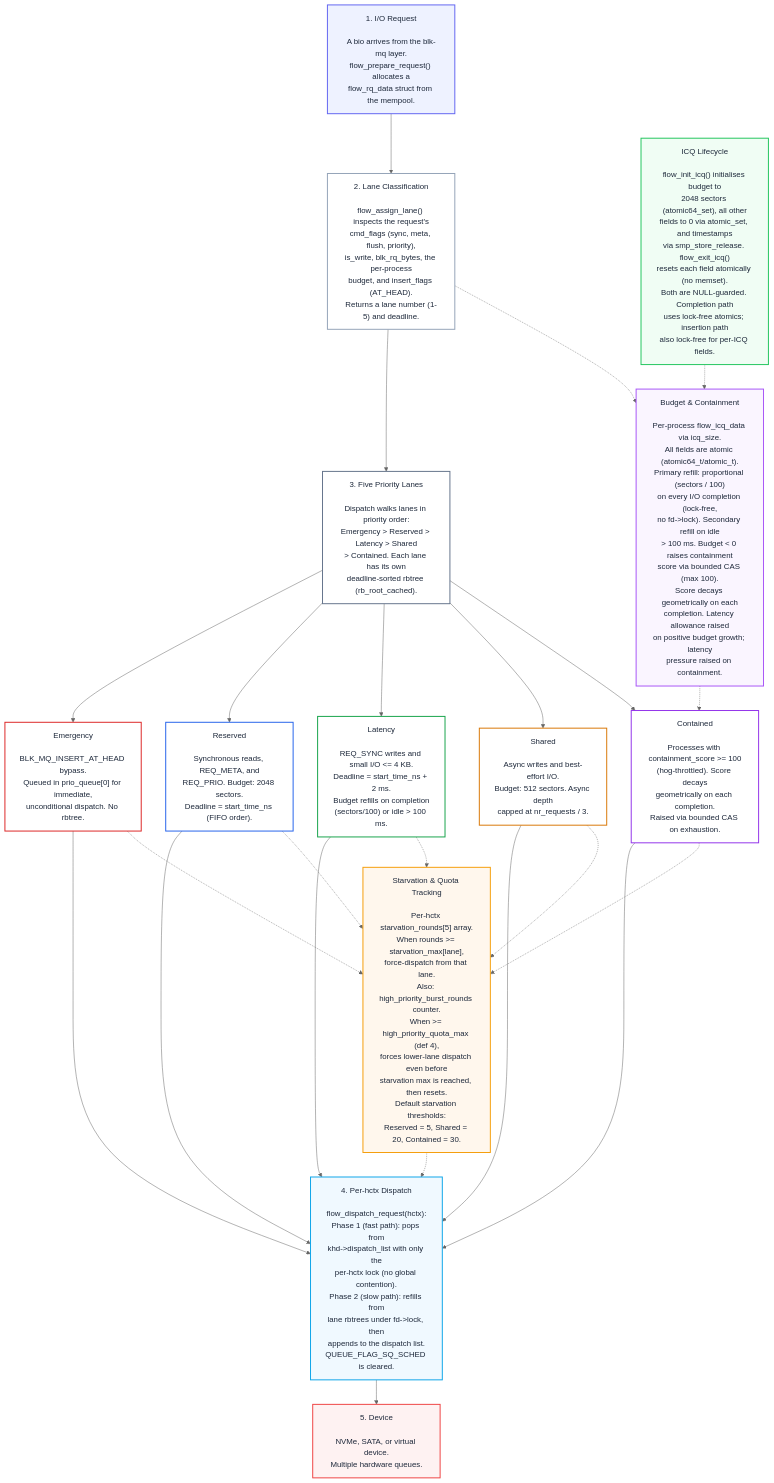
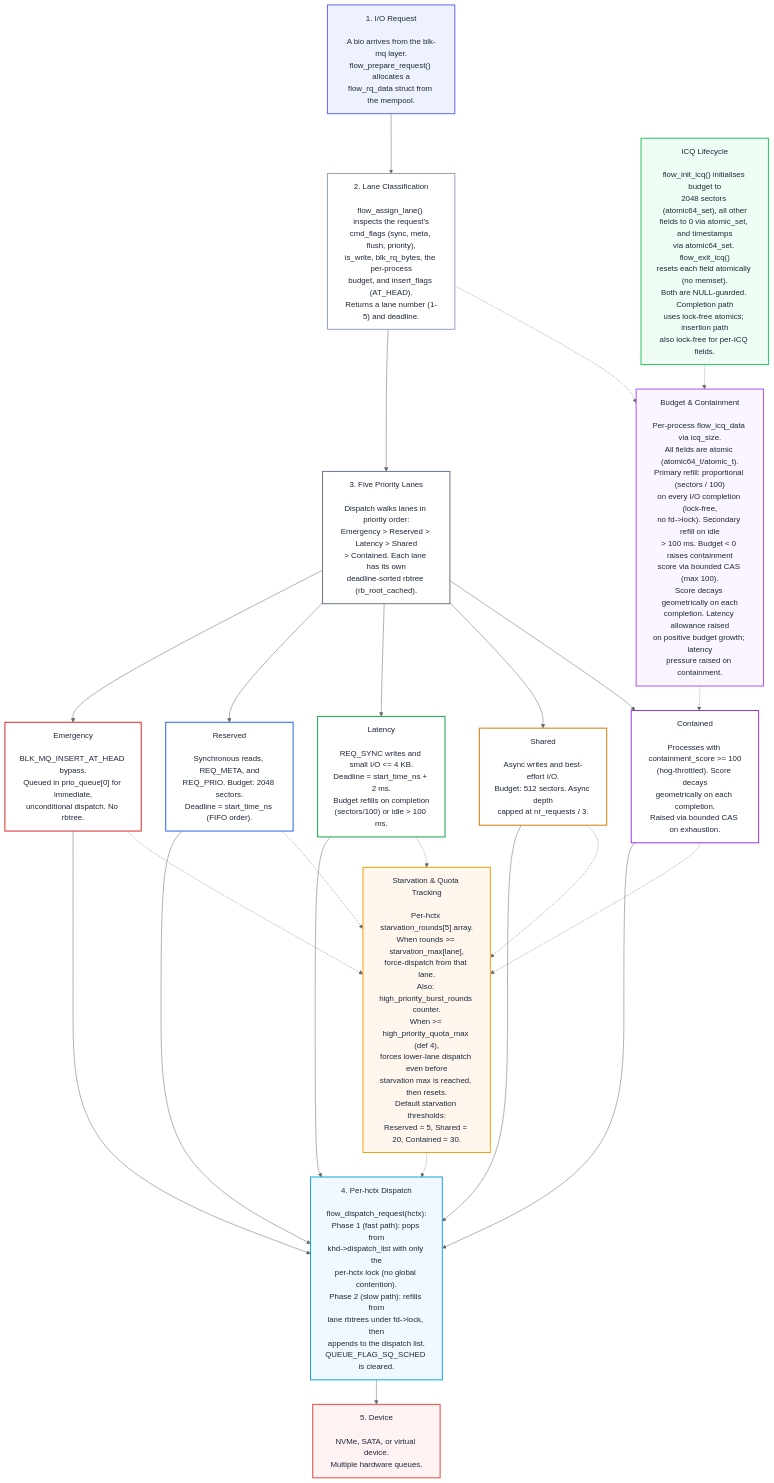
Before and after one commit to galpt/flow-iosched: the diagram in README.md, drawn with Mermaid (neutral theme). The commit also changed other lines of this file and 2 other files, not shown here.

Commit message:
fix stale references in README and Kconfig
- Mermaid diagram ICQ box L1: smp_store_release -> atomic64_set
  (timestamps are now set via atomic64_set, not smp_store_release)
- Kconfig.iosched tristate: remove 'v2.0' suffix to match the 0001
  patch (which ships to user kernel trees)
- README Kconfig example: same tristate fix for consistency
- 0001 patch Kconfig help text: update to match repo's Kconfig
  (mention v2.0 features like completion-based refill, atomics,
  autotuner)

```diff
--- a/README.md
+++ b/README.md
@@ -131,7 +131,7 @@
 flow_init_icq() initialises budget to
 2048 sectors (atomic64_set), all other
 fields to 0 via atomic_set, and timestamps
-via smp_store_release. flow_exit_icq()
+via atomic64_set. flow_exit_icq()
 resets each field atomically (no memset).
 Both are NULL-guarded. Completion path
 uses lock-free atomics; insertion path
```
